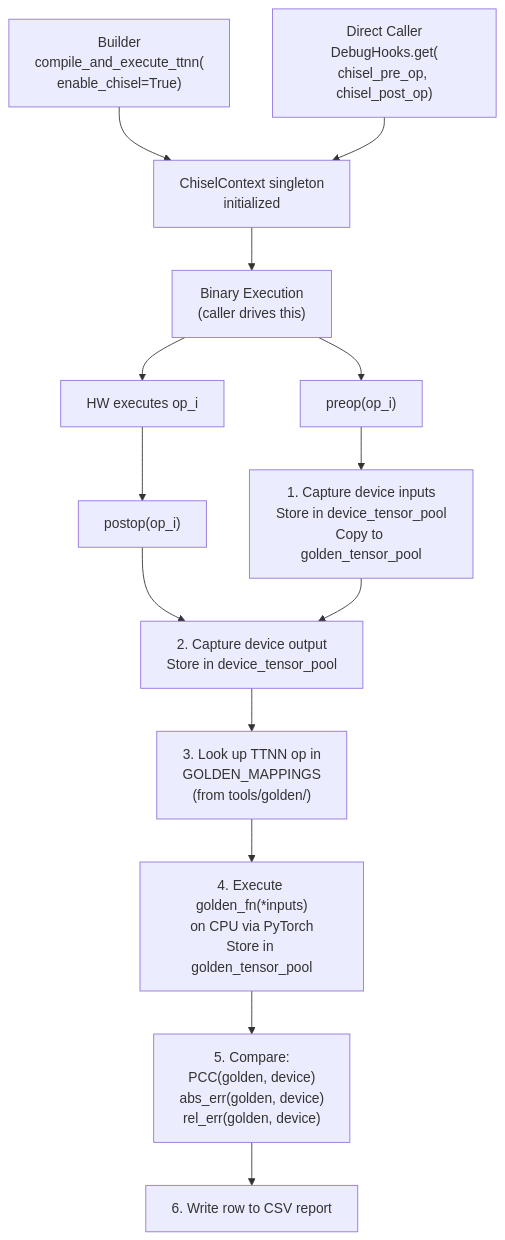
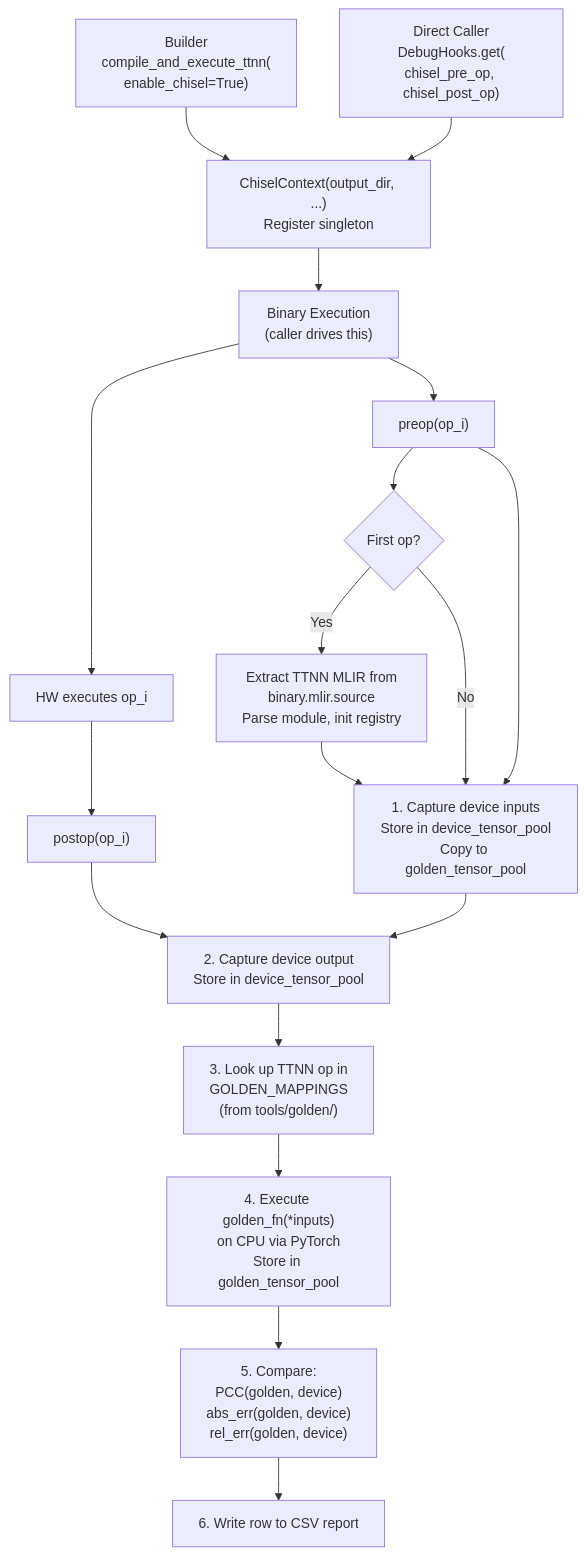
The second of 4 diagrams in tools/chisel/docs/architecture.md (tenstorrent/tt-mlir), drawn with Mermaid before and after one commit. The commit also changed other lines of this file and 7 other files, not shown here.

````diff
--- a/tools/chisel/docs/architecture.md
+++ b/tools/chisel/docs/architecture.md
@@ -78,21 +78,25 @@
 ```mermaid
 flowchart TD;
     BUILDER["Builder<br/>compile_and_execute_ttnn(<br/>enable_chisel=True)"]
     DIRECT["Direct Caller<br/>DebugHooks.get(<br/>chisel_pre_op, chisel_post_op)"]
 
-    BUILDER --> INIT["ChiselContext singleton<br/>initialized"]
+    BUILDER --> INIT["ChiselContext(output_dir, ...)<br/>Register singleton"]
     DIRECT --> INIT
 
     INIT --> EXEC["Binary Execution<br/>(caller drives this)"]
     EXEC --> PRE["preop(op_i)"]
     EXEC --> HW["HW executes op_i"]
     HW --> POST["postop(op_i)"]
 
+    PRE --> S0{"First op?"}
+    S0 -->|Yes| EXTRACT["Extract TTNN MLIR from<br/>binary.mlir.source<br/>Parse module, init registry"]
+    EXTRACT --> S1
+    S0 -->|No| S1
     PRE --> S1["1. Capture device inputs<br/>Store in device_tensor_pool<br/>Copy to golden_tensor_pool"]
     POST --> S2["2. Capture device output<br/>Store in device_tensor_pool"]
     S1 --> S2
     S2 --> S3["3. Look up TTNN op in<br/>GOLDEN_MAPPINGS<br/>(from tools/golden/)"]
     S3 --> S4["4. Execute golden_fn(*inputs)<br/>on CPU via PyTorch<br/>Store in golden_tensor_pool"]
     S4 --> S5["5. Compare:<br/>PCC(golden, device)<br/>abs_err(golden, device)<br/>rel_err(golden, device)"]
     S5 --> S6["6. Write row to CSV report"]
 ```
````
